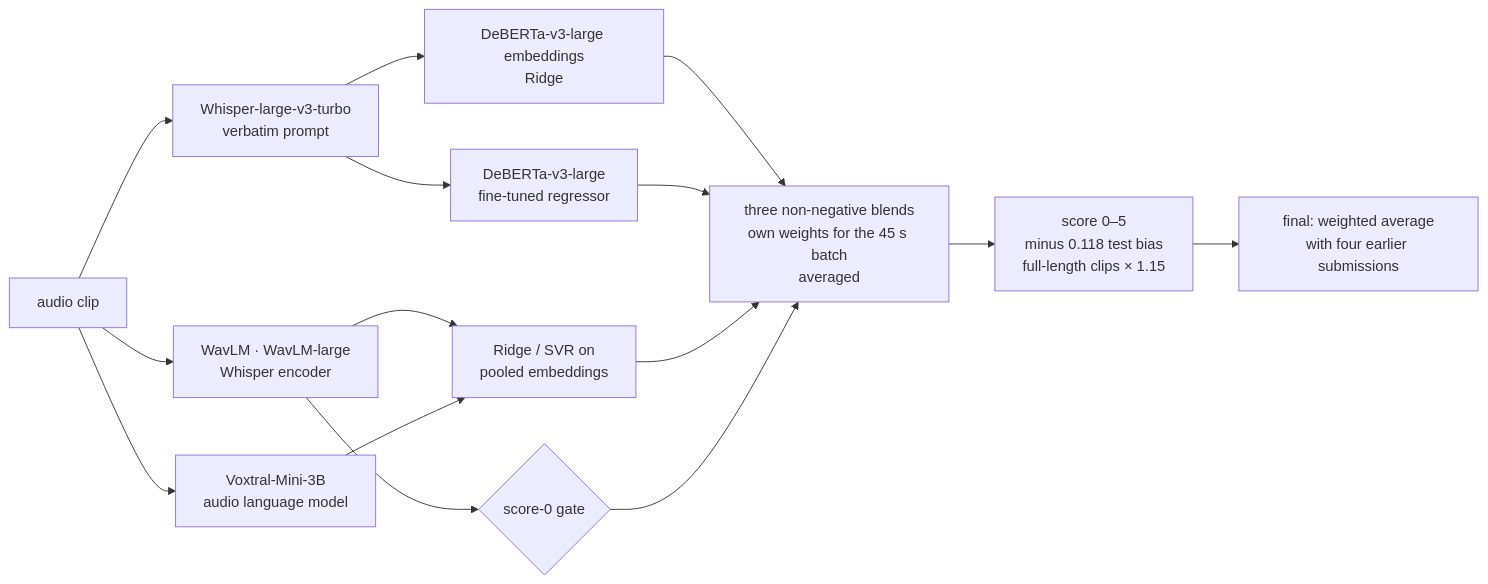
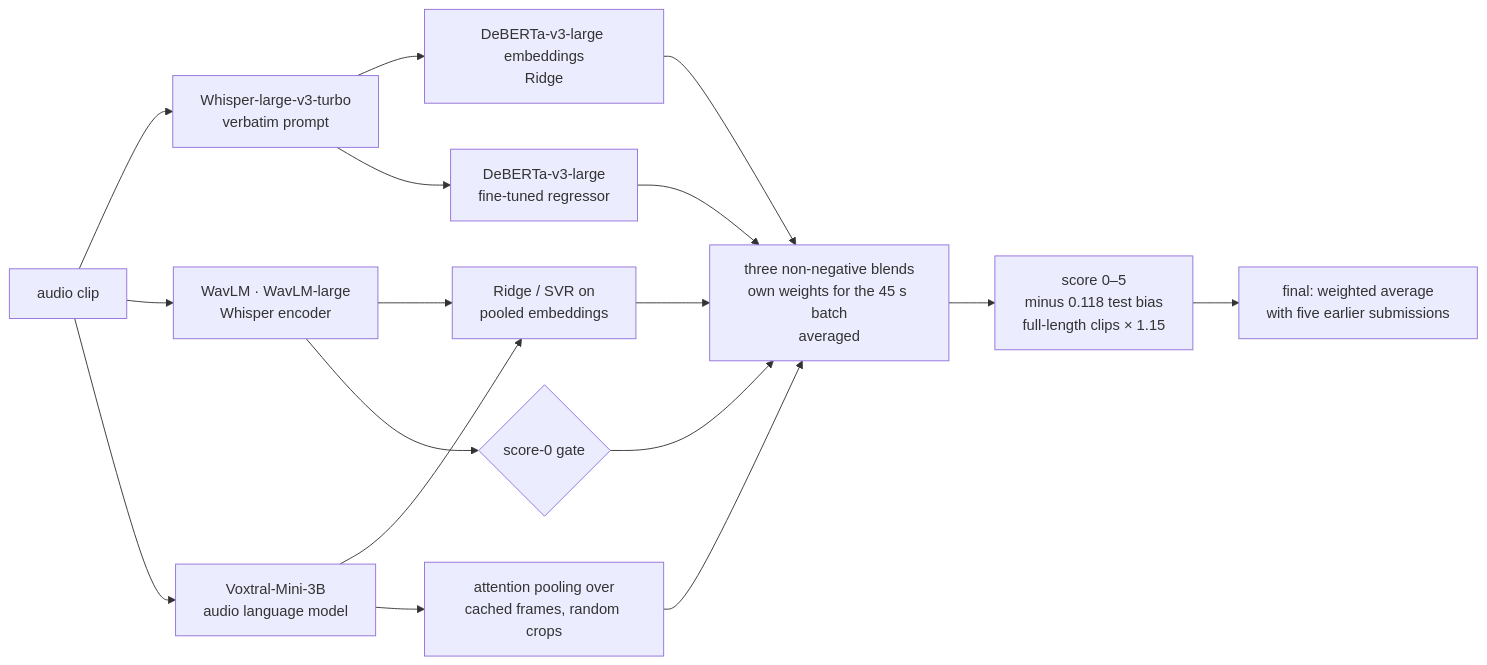
One commit to Techy-A/shl-grammar-scoring changed the diagram in README.md. Above: the diagram before and after it, drawn with Mermaid. The commit also changed other lines of this file and 3 other files, not shown here.

Commit message:
README: full research report (data findings, why earlier models failed, the approach and the path to 0.3116); --seeds option for the attention-pooling head; ignore job caches

````diff
--- a/README.md
+++ b/README.md
@@ -24,15 +25,16 @@
 ```mermaid
 flowchart LR
     A[audio clip] --> W[Whisper-large-v3-turbo<br/>verbatim prompt]
     A --> E[WavLM · WavLM-large<br/>Whisper encoder]
     W --> T2[DeBERTa-v3-large embeddings<br/>Ridge]
     W --> FT[DeBERTa-v3-large<br/>fine-tuned regressor]
     A --> V[Voxtral-Mini-3B<br/>audio language model]
     E --> S[Ridge / SVR on<br/>pooled embeddings]
     V --> S
+    V --> AP[attention pooling over<br/>cached frames, random crops]
     E --> G{score-0 gate}
-    T2 & FT & S --> B[three non-negative blends<br/>own weights for the 45 s batch<br/>averaged]
+    T2 & FT & S & AP --> B[three non-negative blends<br/>own weights for the 45 s batch<br/>averaged]
     G --> B
     B --> P[score 0–5<br/>minus 0.118 test bias<br/>full-length clips × 1.15]
-    P --> F[final: weighted average<br/>with four earlier submissions]
+    P --> F[final: weighted average<br/>with five earlier submissions]
 ```
````
